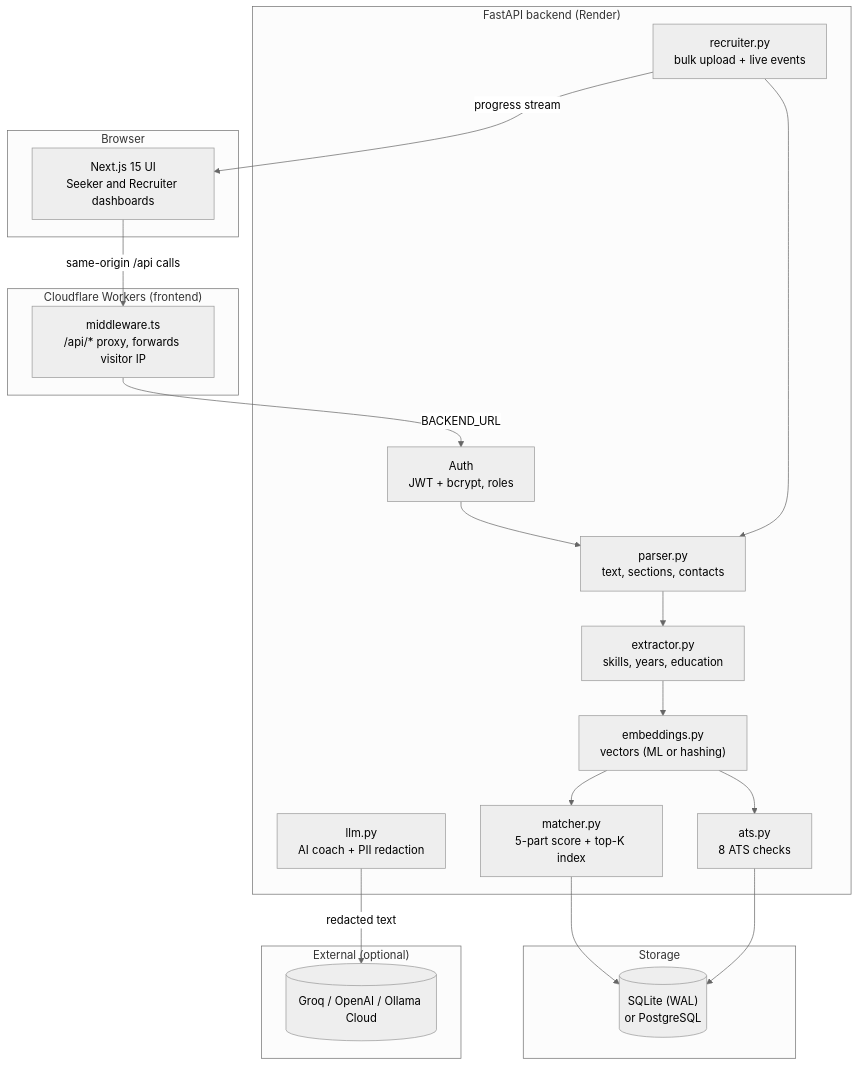
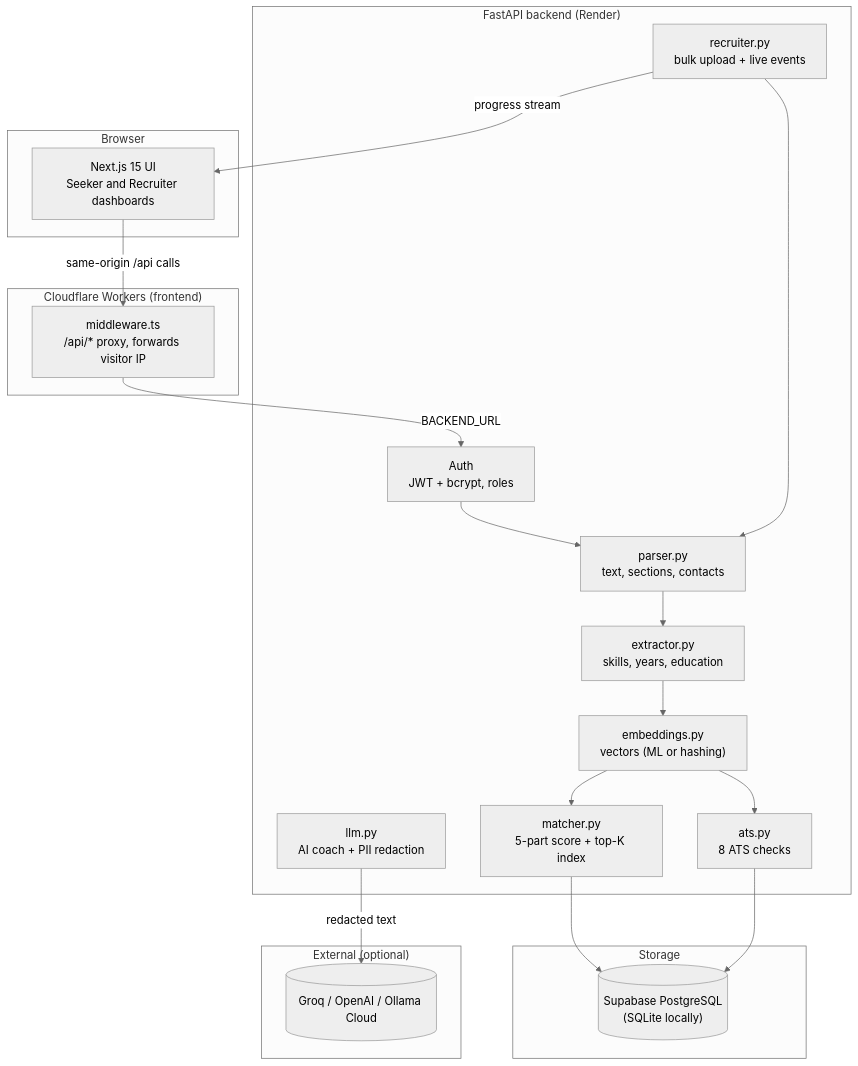
Before and after one commit to mdharishsuhaib/CVerity: the diagram in README.md, drawn with Mermaid (neutral theme). The commit also changed other lines of this file and 11 other files, not shown here.

````diff
--- a/README.md
+++ b/README.md
@@ -106,39 +106,39 @@
 ```mermaid
 flowchart TD
     subgraph Client["Browser"]
         UI["Next.js 15 UI<br/>Seeker and Recruiter dashboards"]
     end
 
     subgraph Edge["Cloudflare Workers (frontend)"]
         Proxy["middleware.ts<br/>/api/* proxy, forwards visitor IP"]
     end
 
     subgraph Backend["FastAPI backend (Render)"]
         Auth["Auth<br/>JWT + bcrypt, roles"]
         Parser["parser.py<br/>text, sections, contacts"]
         Extractor["extractor.py<br/>skills, years, education"]
         Embed["embeddings.py<br/>vectors (ML or hashing)"]
         ATS["ats.py<br/>8 ATS checks"]
         Matcher["matcher.py<br/>5-part score + top-K index"]
         Coach["llm.py<br/>AI coach + PII redaction"]
         SSE["recruiter.py<br/>bulk upload + live events"]
     end
 
     subgraph Data["Storage"]
-        DB[("SQLite (WAL)<br/>or PostgreSQL")]
+        DB[("Supabase PostgreSQL<br/>(SQLite locally)")]
     end
 
     subgraph External["External (optional)"]
         LLM[("Groq / OpenAI / Ollama Cloud")]
     end
 
     UI -- "same-origin /api calls" --> Proxy
     Proxy -- "BACKEND_URL" --> Auth
     Auth --> Parser --> Extractor --> Embed --> ATS
     Embed --> Matcher
     SSE --> Parser
     Matcher --> DB
     ATS --> DB
     Coach -- "redacted text" --> LLM
     SSE -- "progress stream" --> UI
 ```
````
